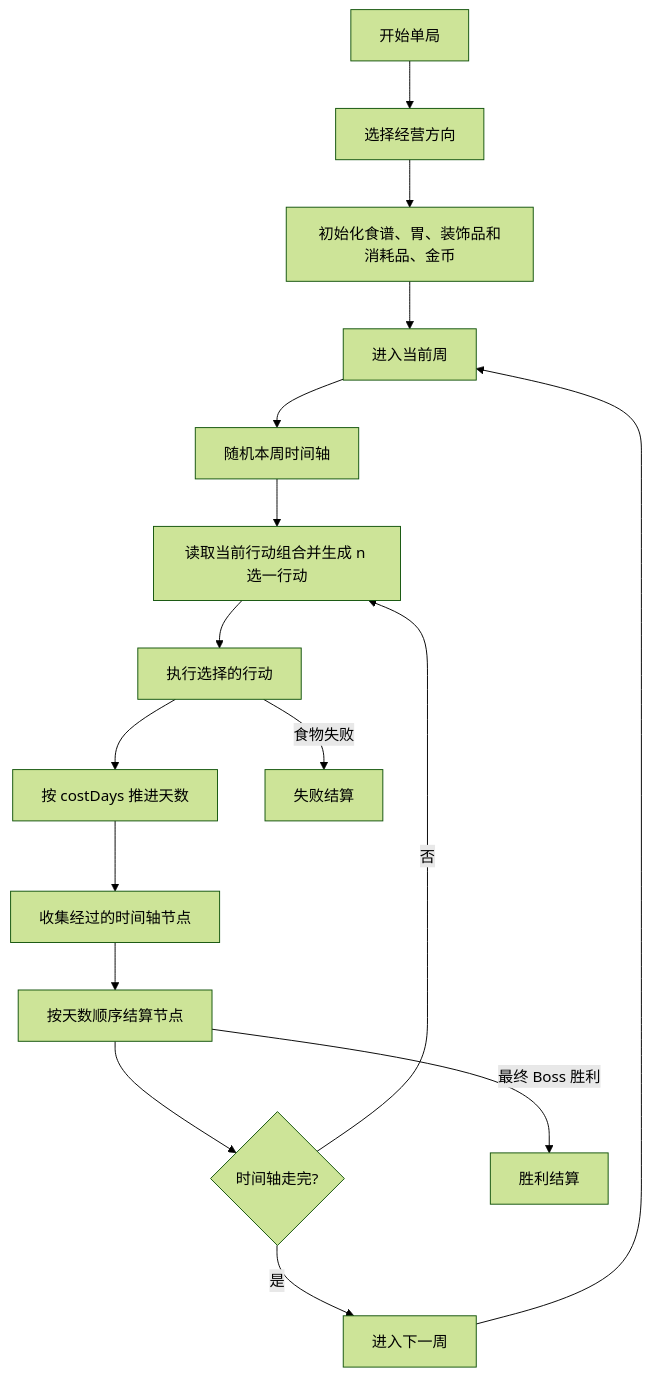
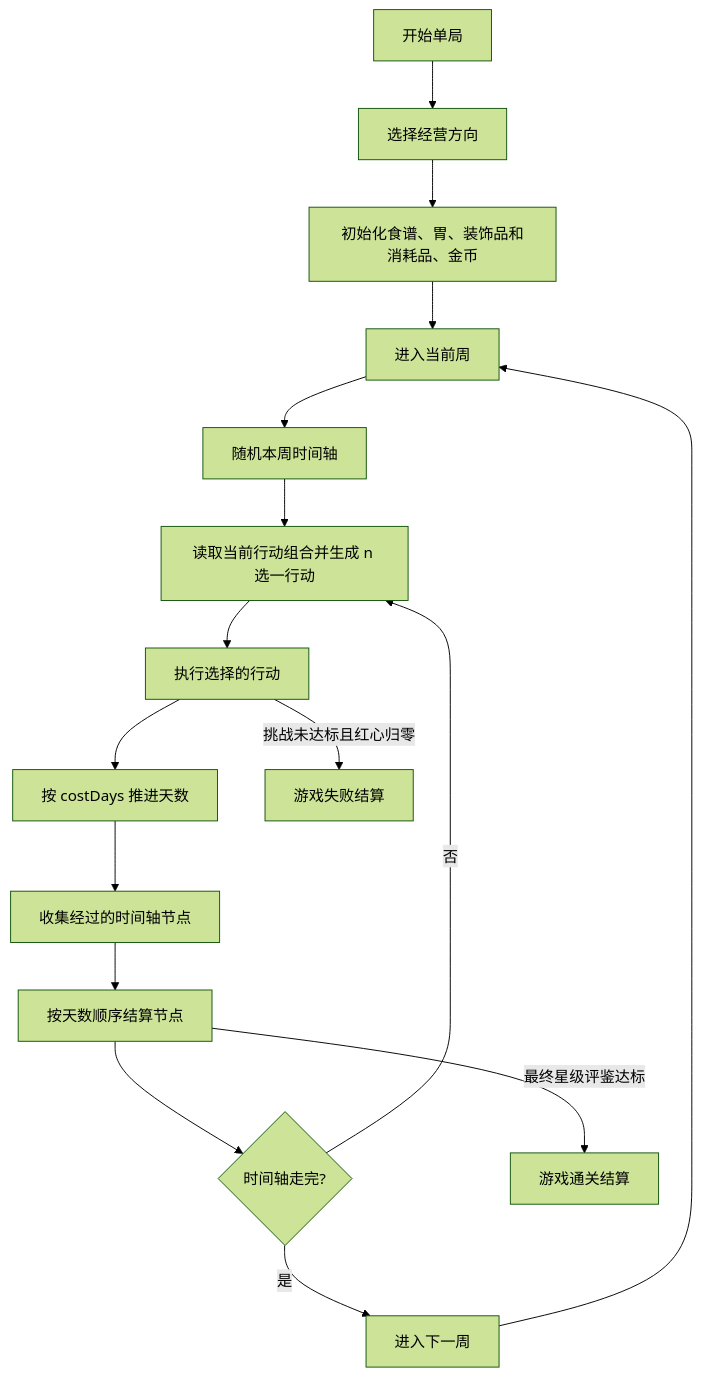
Before and after one commit to 2563495284/gourmetproject: the diagram in GourmetProject/docs/design/游戏设计/核心循环.md, drawn with Mermaid (forest theme). The commit also changed other lines of this file and 77 other files, not shown here.

````diff
--- a/GourmetProject/docs/design/游戏设计/核心循环.md
+++ b/GourmetProject/docs/design/游戏设计/核心循环.md
@@ -24,18 +24,18 @@
 ```mermaid
 flowchart TD
   StartRun["开始单局"] --> SelectCharacter["选择经营方向"]
   SelectCharacter --> InitRun["初始化食谱、胃、装饰品和消耗品、金币"]
   InitRun --> WeekStart["进入当前周"]
   WeekStart --> RollTimeline["随机本周时间轴"]
   RollTimeline --> ChooseAction["读取当前行动组合并生成 n 选一行动"]
   ChooseAction --> ExecuteAction["执行选择的行动"]
   ExecuteAction --> AdvanceDays["按 costDays 推进天数"]
   AdvanceDays --> CollectNodes["收集经过的时间轴节点"]
   CollectNodes --> ResolveNodes["按天数顺序结算节点"]
   ResolveNodes --> WeekFinished{"时间轴走完?"}
   WeekFinished -->|"否"| ChooseAction
   WeekFinished -->|"是"| NextWeek["进入下一周"]
   NextWeek --> WeekStart
-  ExecuteAction -->|"食物失败"| Defeat["失败结算"]
-  ResolveNodes -->|"最终 Boss 胜利"| Victory["胜利结算"]
+  ExecuteAction -->|"挑战未达标且红心归零"| Defeat["游戏失败结算"]
+  ResolveNodes -->|"最终星级评鉴达标"| Victory["游戏通关结算"]
 ```
````
